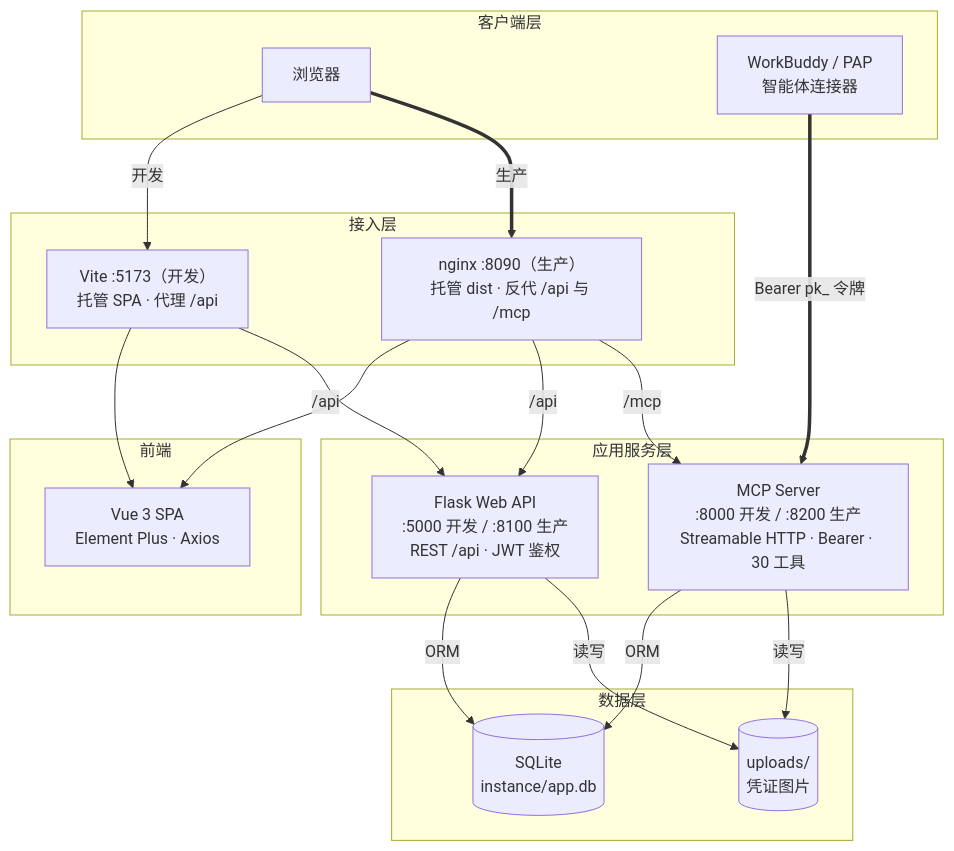
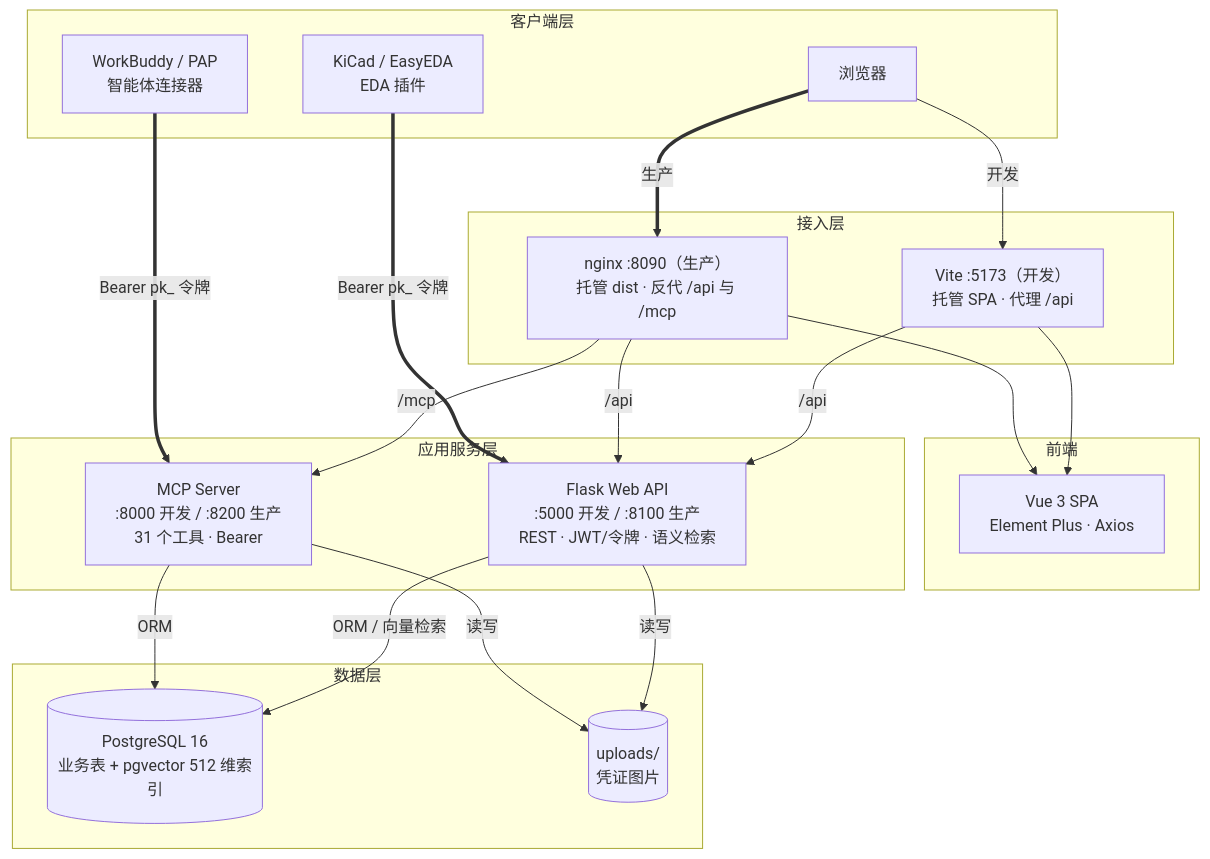
One commit to jinliangliu/PartKeeper changed the diagram in README.md. Above: the diagram before and after it, drawn with Mermaid. The commit also changed other lines of this file and 28 other files, not shown here.

First line of the commit message:
语义检索与 EDA 插件直连：数据库迁移至 PostgreSQL + pgvector

````diff
--- a/README.md
+++ b/README.md
@@ -7,39 +7,41 @@
 ```mermaid
 flowchart TB
     subgraph clients["客户端层"]
         BROWSER["浏览器"]
         AGENT["WorkBuddy / PAP<br/>智能体连接器"]
+        PLUGIN["KiCad / EasyEDA<br/>EDA 插件"]
     end
 
     subgraph frontend["前端"]
         SPA["Vue 3 SPA<br/>Element Plus · Axios"]
     end
 
     subgraph access["接入层"]
         VITE["Vite :5173（开发）<br/>托管 SPA · 代理 /api"]
         NGINX["nginx :8090（生产）<br/>托管 dist · 反代 /api 与 /mcp"]
     end
 
     subgraph services["应用服务层"]
-        WEB["Flask Web API<br/>:5000 开发 / :8100 生产<br/>REST /api · JWT 鉴权"]
-        MCP["MCP Server<br/>:8000 开发 / :8200 生产<br/>Streamable HTTP · Bearer · 30 工具"]
+        WEB["Flask Web API<br/>:5000 开发 / :8100 生产<br/>REST · JWT/令牌 · 语义检索"]
+        MCP["MCP Server<br/>:8000 开发 / :8200 生产<br/>31 个工具 · Bearer"]
     end
 
     subgraph data["数据层"]
-        DB[("SQLite<br/>instance/app.db")]
+        PG[("PostgreSQL 16<br/>业务表 + pgvector 512 维索引")]
         FILES[("uploads/<br/>凭证图片")]
     end
 
     BROWSER -->|"开发"| VITE
     BROWSER ==>|"生产"| NGINX
     VITE --> SPA
     VITE -->|"/api"| WEB
     NGINX --> SPA
     NGINX -->|"/api"| WEB
     NGINX -->|"/mcp"| MCP
     AGENT ==>|"Bearer pk_ 令牌"| MCP
-    WEB -->|"ORM"| DB
+    PLUGIN ==>|"Bearer pk_ 令牌"| WEB
+    WEB -->|"ORM / 向量检索"| PG
     WEB -->|"读写"| FILES
-    MCP -->|"ORM"| DB
+    MCP -->|"ORM"| PG
     MCP -->|"读写"| FILES
 ```
````
